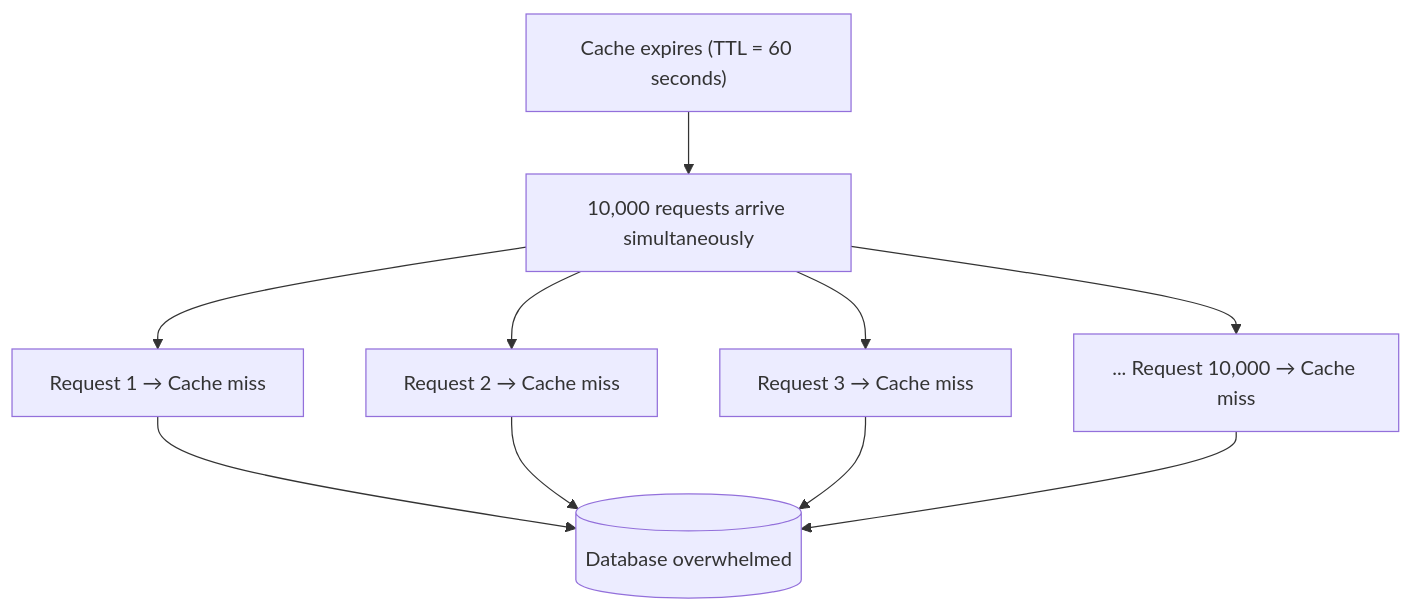
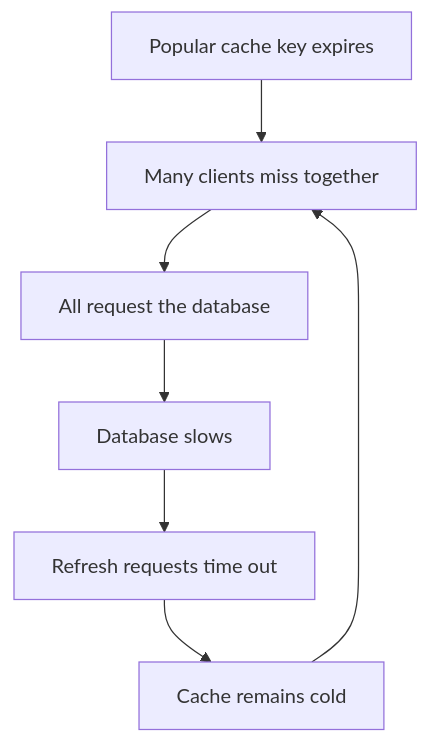
The tenth of 11 diagrams in src/content/docs/platform/foundations/reliability-engineering/module-2.2-failure-modes-and-effects.md (kube-dojo/kube-dojo), drawn with Mermaid before and after one commit. The commit also changed other lines of this file and 4 other files, not shown here.

````diff
--- a/src/content/docs/platform/foundations/reliability-engineering/module-2.2-failure-modes-and-effects.md
+++ b/src/content/docs/platform/foundations/reliability-engineering/module-2.2-failure-modes-and-effects.md
@@ -633,13 +352,9 @@
 ```mermaid
 flowchart TD
-    A["Cache expires (TTL = 60 seconds)"] --> B["10,000 requests arrive simultaneously"]
-    B --> C1["Request 1 → Cache miss"]
-    B --> C2["Request 2 → Cache miss"]
-    B --> C3["Request 3 → Cache miss"]
-    B --> C4["... Request 10,000 → Cache miss"]
-    
-    C1 --> DB[("Database overwhelmed")]
-    C2 --> DB
-    C3 --> DB
-    C4 --> DB
+    A["Popular cache key expires"] --> B["Many clients miss together"]
+    B --> C["All request the database"]
+    C --> D["Database slows"]
+    D --> E["Refresh requests time out"]
+    E --> F["Cache remains cold"]
+    F --> B
 ```
````
